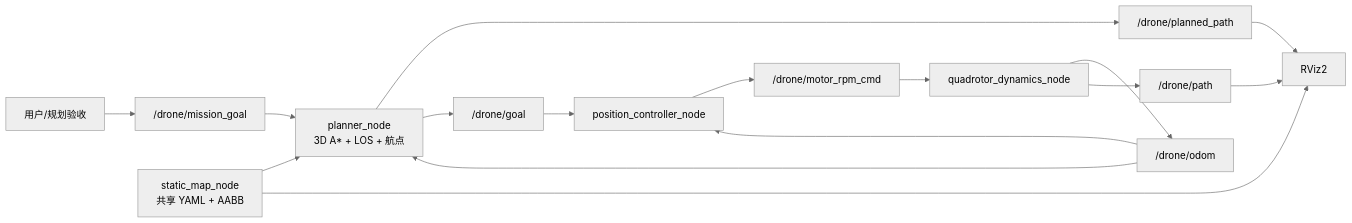
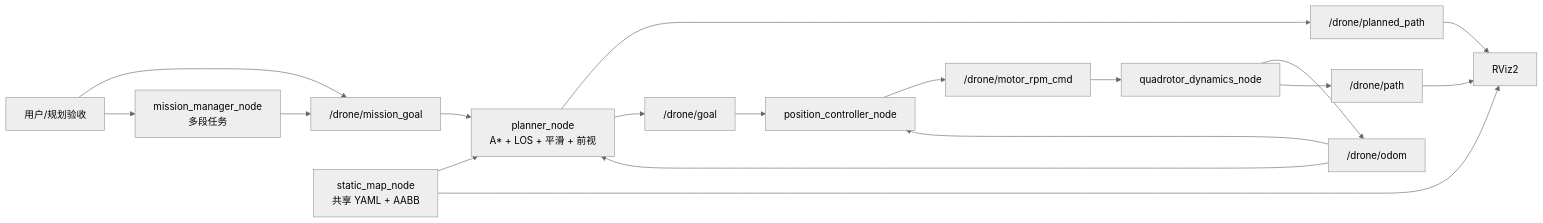
One commit to wu427/ros2_quadrotor_sim changed the second of 3 diagrams in docs/ARCHITECTURE_OVERVIEW.md. Above: the diagram before and after it, drawn with Mermaid (neutral theme). The commit also changed other lines of this file and 51 other files, not shown here.

````diff
--- a/docs/ARCHITECTURE_OVERVIEW.md
+++ b/docs/ARCHITECTURE_OVERVIEW.md
@@ -140,26 +164,28 @@
 ```mermaid
 flowchart LR
     U["用户/规划验收"]
     MG["/drone/mission_goal"]
     MAP["static_map_node<br/>共享 YAML + AABB"]
-    PLAN["planner_node<br/>3D A* + LOS + 航点"]
+    PLAN["planner_node<br/>A* + LOS + 平滑 + 前视"]
+    MM["mission_manager_node<br/>多段任务"]
     PP["/drone/planned_path"]
     G["/drone/goal"]
     C["position_controller_node"]
     CMD["/drone/motor_rpm_cmd"]
     D["quadrotor_dynamics_node"]
     O["/drone/odom"]
     ACT["/drone/path"]
     V["RViz2"]
 
     U --> MG --> PLAN
+    U --> MM --> MG
     MAP --> PLAN
     MAP --> V
     PLAN --> PP --> V
     PLAN --> G --> C
     C --> CMD --> D
     D --> O
     O --> C
     O --> PLAN
     D --> ACT --> V
 ```
````
